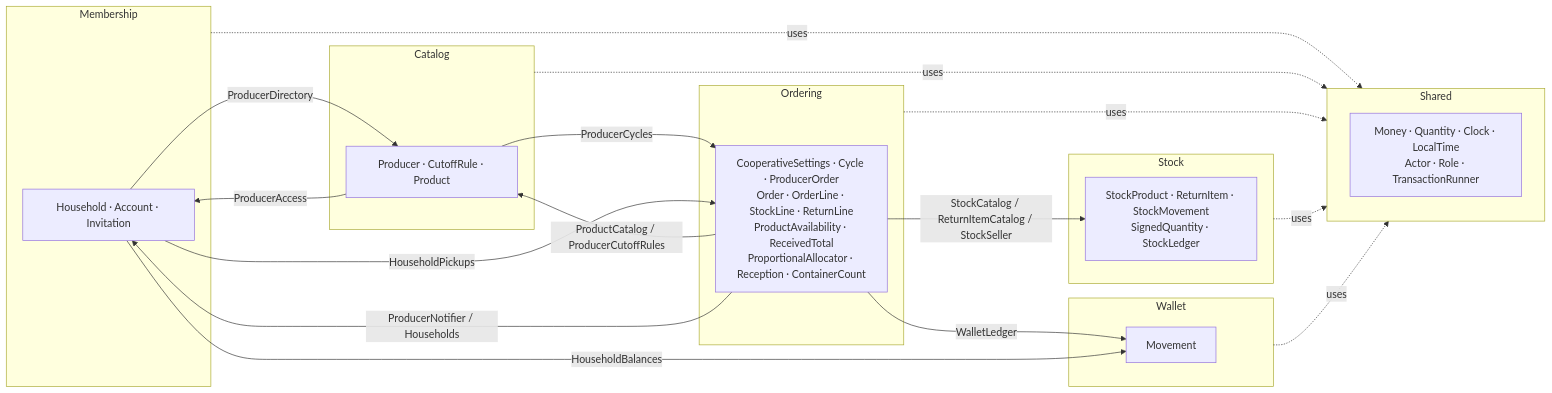
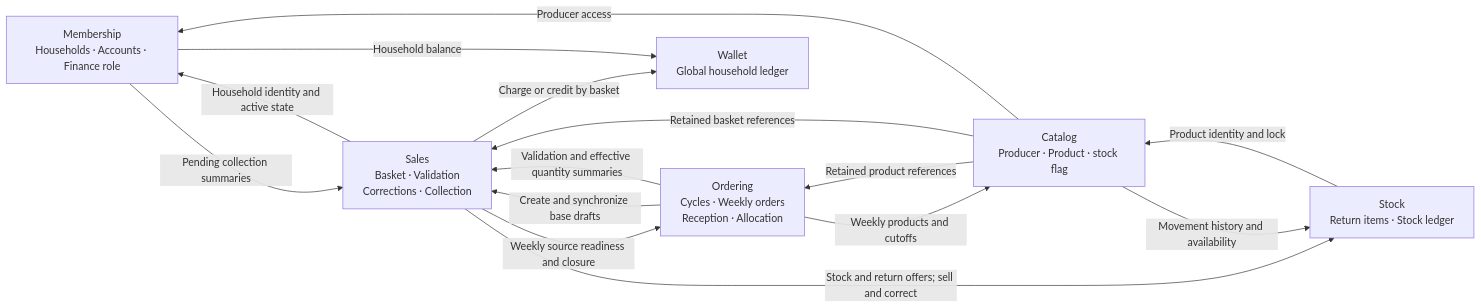
Before and after one commit to dadraude/guixa: the first of 3 diagrams in specs/001-weekly-orders/diagrams.md, drawn with Mermaid. The commit also changed other lines of this file and 18 other files, not shown here.

Commit message:
docs(specs): define catalog sales and finance amendment (DRA-206)

````diff
--- a/specs/001-weekly-orders/diagrams.md
+++ b/specs/001-weekly-orders/diagrams.md
@@ -7,33 +8,24 @@
 ```mermaid
 flowchart LR
-    subgraph Shared
-        S[Money · Quantity · Clock · LocalTime<br/>Actor · Role · TransactionRunner]
-    end
-    subgraph Membership
-        M[Household · Account · Invitation]
-    end
-    subgraph Catalog
-        C[Producer · CutoffRule · Product]
-    end
-    subgraph Ordering
-        O[CooperativeSettings · Cycle · ProducerOrder<br/>Order · OrderLine · StockLine · ReturnLine<br/>ProductAvailability · ReceivedTotal<br/>ProportionalAllocator · Reception · ContainerCount]
-    end
-    subgraph Stock
-        ST[StockProduct · ReturnItem · StockMovement<br/>SignedQuantity · StockLedger]
-    end
-    subgraph Wallet
-        W[Movement]
-    end
+    M[Membership<br/>Households · Accounts · Finance role]
+    C[Catalog<br/>Producer · Product · stock flag]
+    O[Ordering<br/>Cycles · Weekly orders<br/>Reception · Allocation]
+    SA[Sales<br/>Basket · Validation<br/>Corrections · Collection]
+    ST[Stock<br/>Return items · Stock ledger]
+    W[Wallet<br/>Global household ledger]
 
-    O -- ProductCatalog / ProducerCutoffRules --> C
-    O -- StockCatalog / ReturnItemCatalog / StockSeller --> ST
-    O -- WalletLedger --> W
-    O -- ProducerNotifier / Households --> M
-    C -- ProducerCycles --> O
-    C -- ProducerAccess --> M
-    M -- ProducerDirectory --> C
-    M -- HouseholdBalances --> W
-    M -- HouseholdPickups --> O
-
-    Membership & Catalog & Ordering & Stock & Wallet -.uses.-> Shared
+    O -->|Weekly products and cutoffs| C
+    O -->|Create and synchronize base drafts| SA
+    O -->|Validation and effective quantity summaries| SA
+    SA -->|Weekly source readiness and closure| O
+    SA -->|Stock and return offers; sell and correct| ST
+    SA -->|Charge or credit by basket| W
+    SA -->|Household identity and active state| M
+    ST -->|Product identity and lock| C
+    C -->|Retained product references| O
+    C -->|Retained basket references| SA
+    C -->|Movement history and availability| ST
+    C -->|Producer access| M
+    M -->|Pending collection summaries| SA
+    M -->|Household balance| W
 ```
````
